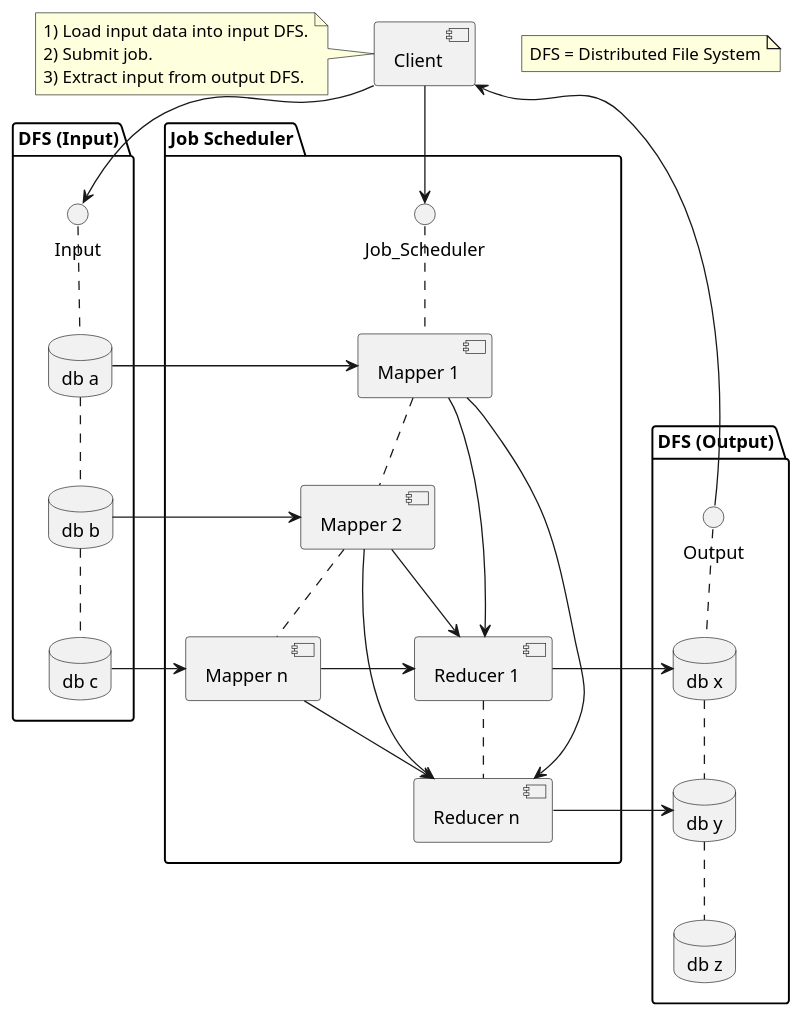
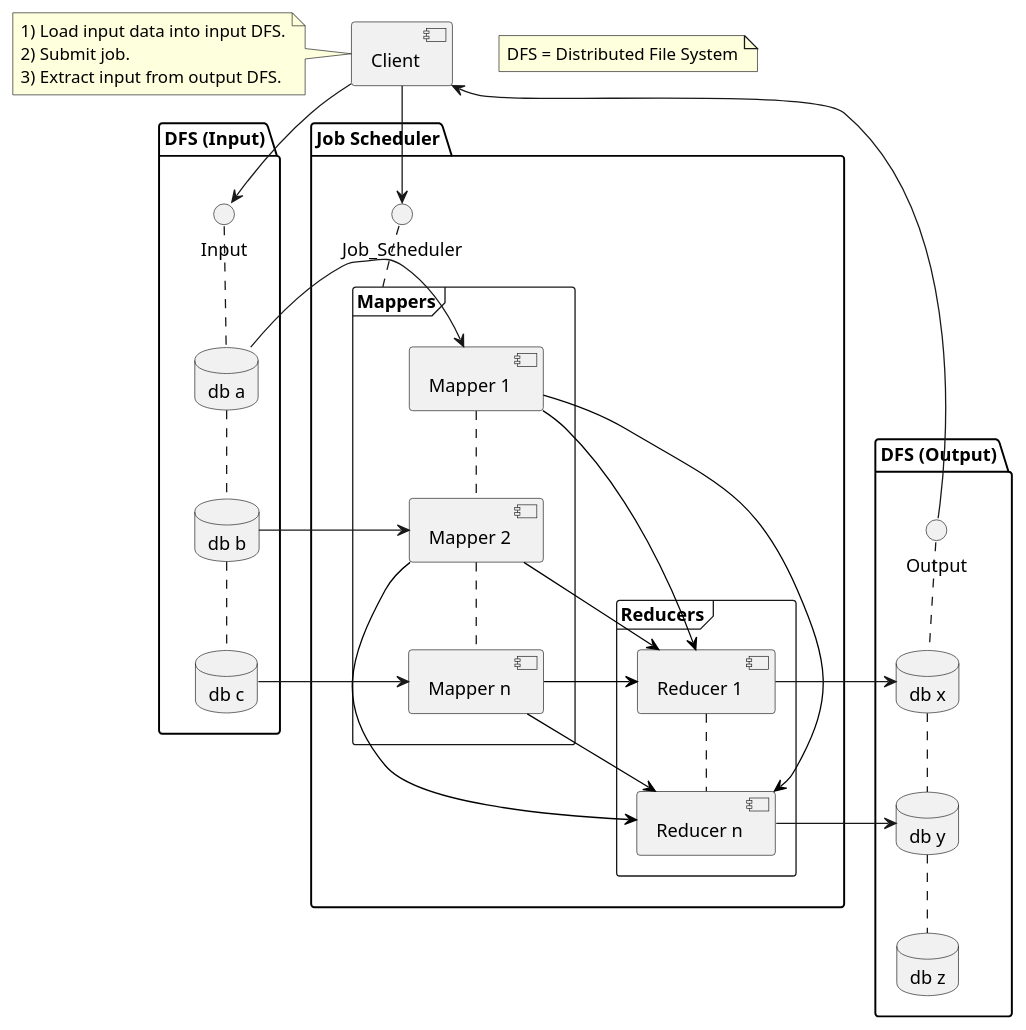
Before and after one commit to computer-science-engineering/learning-computer-science: the sixth of 8 diagrams in src/GitHubRepository/checkcheckzz/system-design-interview/02_BasicKnowledgeAboutSystemDesign/ScalableSystemDesignPatterns/readme.md, drawn with PlantUML. The commit also changed 4 other files, not shown here.

Commit message:
Introduction to architecting systems for scale

````diff
--- a/src/GitHubRepository/checkcheckzz/system-design-interview/02_BasicKnowledgeAboutSystemDesign/ScalableSystemDesignPatterns/readme.md
+++ b/src/GitHubRepository/checkcheckzz/system-design-interview/02_BasicKnowledgeAboutSystemDesign/ScalableSystemDesignPatterns/readme.md
@@ -220,48 +220,52 @@
 ```plantuml
 @startuml
 package "DFS (Input)" {
     database "db a"
     database "db b"
     database "db c"
     Input .. [db a]
     [db a] .. [db b]
     [db b] .. [db c]
 }
 package "DFS (Output)" {
     database "db x"
     database "db y"
     database "db z"
     Output .. [db x]
     [db x] .. [db y]
     [db y] .. [db z]
 }
 package "Job Scheduler" {
-    Job_Scheduler .. [Mapper 1]
-    [Mapper 1] .. [Mapper 2]
-    [Mapper 2] .. [Mapper n]
-    [Reducer 1] .. [Reducer n]
-    [Mapper 1] -> [Reducer 1]
-    [Mapper 2] -> [Reducer 1]
-    [Mapper n] -> [Reducer 1]
-    [Mapper 1] -> [Reducer n]
-    [Mapper 2] -> [Reducer n]
-    [Mapper n] -> [Reducer n]
+    Job_Scheduler .. Mappers
+    frame "Mappers" {
+        [Mapper 1] .. [Mapper 2]
+        [Mapper 2] .. [Mapper n]
+    }
+    frame "Reducers" {
+        [Reducer 1] .. [Reducer n]
+    }
+    [Mapper 1] -[#black]> [Reducer 1]
+    [Mapper 2] -[#black]> [Reducer 1]
+    [Mapper n] -[#black]> [Reducer 1]
+    [Mapper 1] -[#black]> [Reducer n]
+    [Mapper 2] -[#black]> [Reducer n]
+    [Mapper n] -[#black]> [Reducer n]
 }
 note as DFS
 DFS = Distributed File System
 end note
 [db a] -> [Mapper 1]
 [db b] -> [Mapper 2]
 [db c] -> [Mapper n]
 [Reducer 1] -> [db x]
 [Reducer n] -> [db y]
 [Client] --> Job_Scheduler
 [Client] --> Input
 Output --> [Client]
 note left of Client
 1) Load input data into input DFS.
 2) Submit job.
 3) Extract input from output DFS.
 end note
 @enduml
 ```
````
